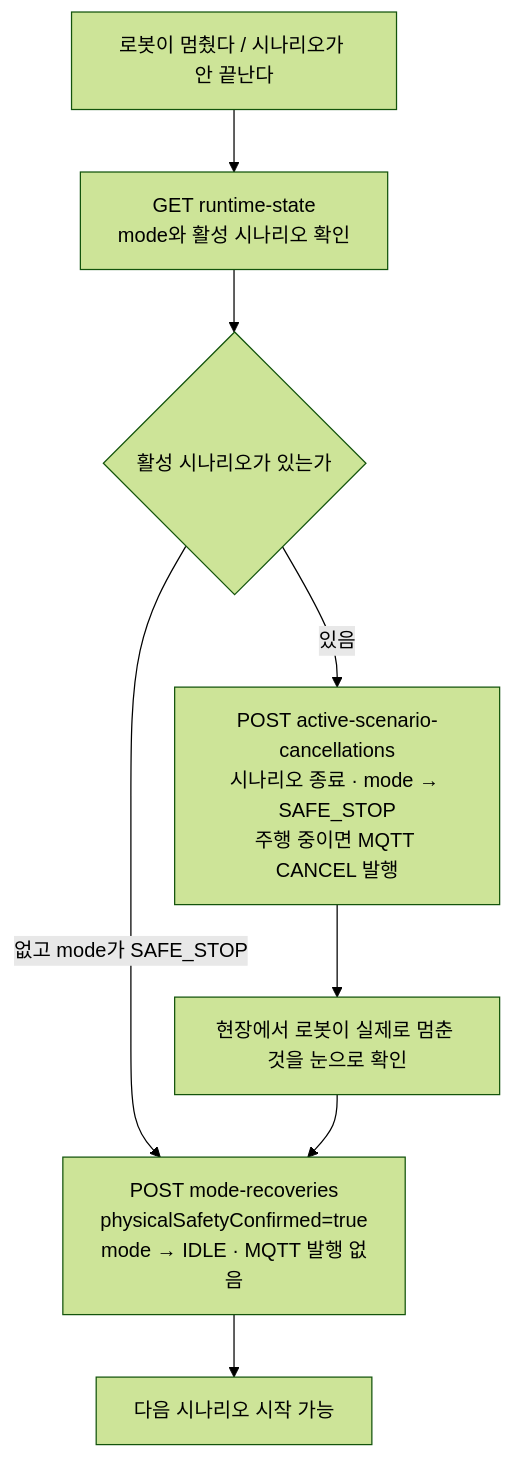
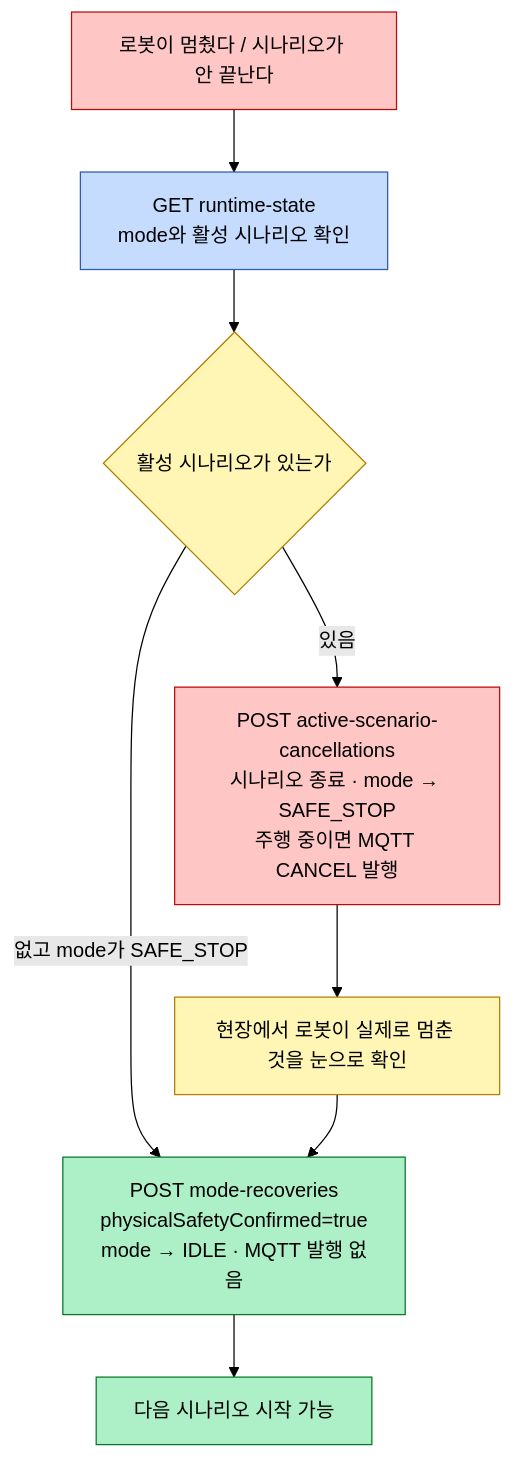
One commit to bomi-aiot/BOMI changed the second of 2 diagrams in docs/api/README.md. Above: the diagram before and after it, drawn with Mermaid (forest theme). The commit also changed other lines of this file and 13 other files, not shown here.

First line of the commit message:
docs: 문서 다이어그램 팔레트 통일과 배치 정리

````diff
--- a/docs/api/README.md
+++ b/docs/api/README.md
@@ -134,10 +141,15 @@
 ```mermaid
 flowchart TD
-    A["로봇이 멈췄다 / 시나리오가 안 끝난다"] --> B["GET runtime-state<br/>mode와 활성 시나리오 확인"]
-    B --> C{"활성 시나리오가 있는가"}
-    C -->|있음| D["POST active-scenario-cancellations<br/>시나리오 종료 · mode → SAFE_STOP<br/>주행 중이면 MQTT CANCEL 발행"]
+    classDef danger fill:#ffc6c6,stroke:#bd0909
+    classDef api fill:#c6dcff,stroke:#305bab
+    classDef check fill:#fff6b6,stroke:#af7e02
+    classDef ok fill:#adf0c7,stroke:#087429
+
+    A["로봇이 멈췄다 / 시나리오가 안 끝난다"]:::danger --> B["GET runtime-state<br/>mode와 활성 시나리오 확인"]:::api
+    B --> C{"활성 시나리오가 있는가"}:::check
+    C -->|있음| D["POST active-scenario-cancellations<br/>시나리오 종료 · mode → SAFE_STOP<br/>주행 중이면 MQTT CANCEL 발행"]:::danger
     C -->|"없고 mode가 SAFE_STOP"| E
-    D --> F["현장에서 로봇이 실제로 멈춘 것을 눈으로 확인"]
-    F --> E["POST mode-recoveries<br/>physicalSafetyConfirmed=true<br/>mode → IDLE · MQTT 발행 없음"]
-    E --> G["다음 시나리오 시작 가능"]
+    D --> F["현장에서 로봇이 실제로 멈춘 것을 눈으로 확인"]:::check
+    F --> E["POST mode-recoveries<br/>physicalSafetyConfirmed=true<br/>mode → IDLE · MQTT 발행 없음"]:::ok
+    E --> G["다음 시나리오 시작 가능"]:::ok
 ```
````
